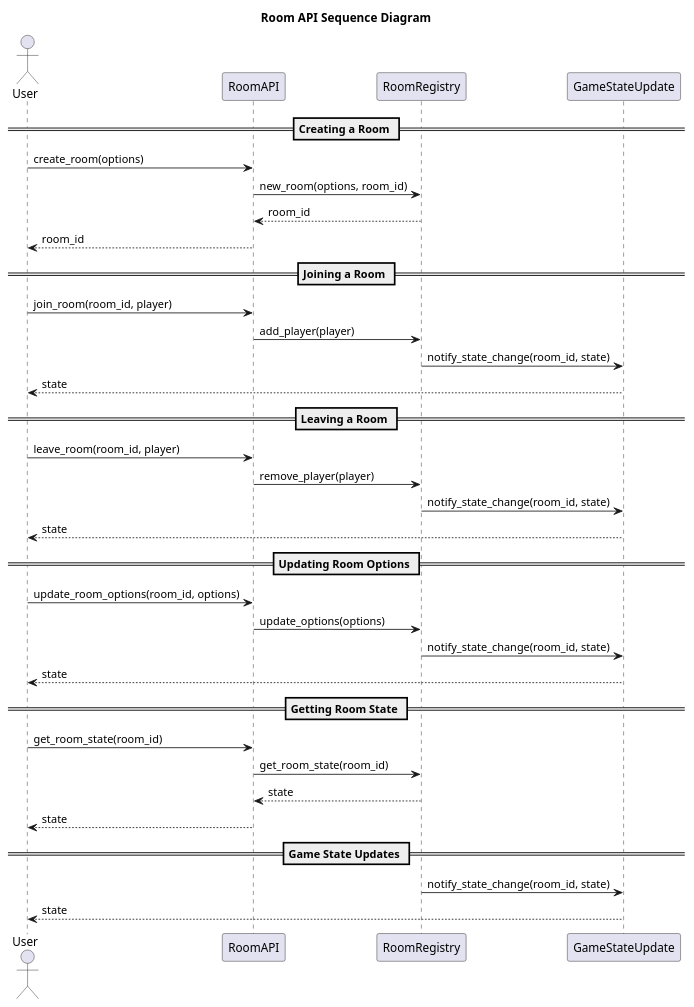
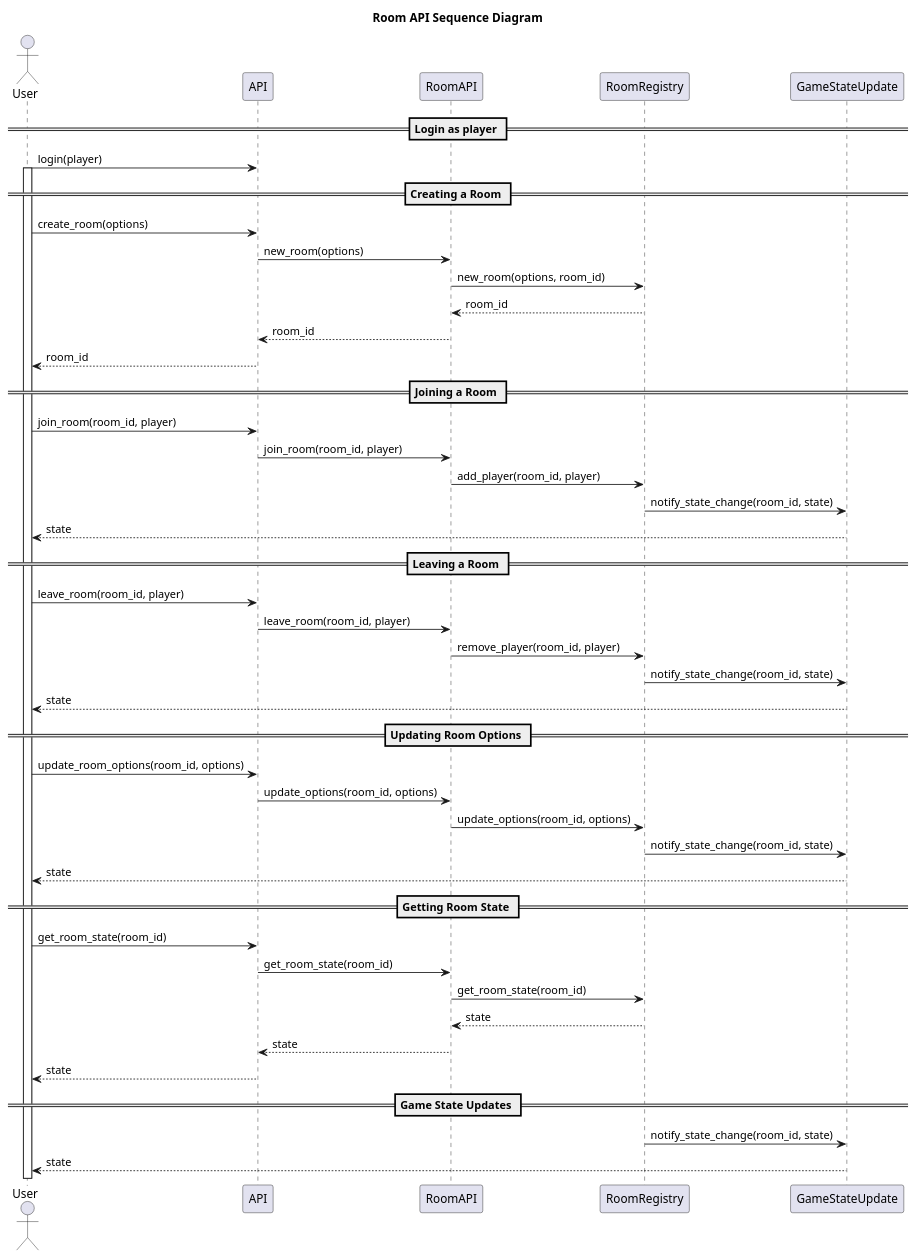
The diagram in doc/api-sequence-diagram.puml (HampusSiik/minesweeper-with-friends), drawn with PlantUML before and after one commit.

Commit message:
Refactor API sequence diagram to clarify interactions with RoomAPI and improve readability

```diff
--- a/doc/api-sequence-diagram.puml
+++ b/doc/api-sequence-diagram.puml
@@ -1,44 +1,57 @@
 @startuml api-sequence
 
 title Room API Sequence Diagram
 
 actor User
-participant "RoomAPI" as API
+participant "API" as API
+participant "RoomAPI" as RoomAPI
 participant "RoomRegistry" as Room
 participant "GameStateUpdate" as Update
 
+== Login as player ==
+
+User -> API: login(player)
+activate User
+
 == Creating a Room ==
 User -> API: create_room(options)
-API -> Room: new_room(options, room_id)
-Room --> API: room_id
+API -> RoomAPI: new_room(options)
+RoomAPI -> Room: new_room(options, room_id)
+Room --> RoomAPI: room_id
+RoomAPI --> API: room_id
 API --> User: room_id
 
 == Joining a Room ==
 User -> API: join_room(room_id, player)
-API -> Room: add_player(player)
+API -> RoomAPI: join_room(room_id, player)
+RoomAPI -> Room: add_player(room_id, player)
 Room -> Update: notify_state_change(room_id, state)
 Update --> User: state
 
 == Leaving a Room ==
 User -> API: leave_room(room_id, player)
-API -> Room: remove_player(player)
+API -> RoomAPI: leave_room(room_id, player)
+RoomAPI -> Room: remove_player(room_id, player)
 Room -> Update: notify_state_change(room_id, state)
 Update --> User: state
 
 == Updating Room Options ==
 User -> API: update_room_options(room_id, options)
-API -> Room: update_options(options)
+API -> RoomAPI: update_options(room_id, options)
+RoomAPI -> Room: update_options(room_id, options)
 Room -> Update: notify_state_change(room_id, state)
 Update --> User: state
 
 == Getting Room State ==
 User -> API: get_room_state(room_id)
-API -> Room: get_room_state(room_id)
-Room --> API: state
+API -> RoomAPI: get_room_state(room_id)
+RoomAPI -> Room: get_room_state(room_id)
+Room --> RoomAPI: state
+RoomAPI --> API: state
 API --> User: state
 
 == Game State Updates ==
 Room -> Update: notify_state_change(room_id, state)
 Update --> User: state
 
 @enduml
```
